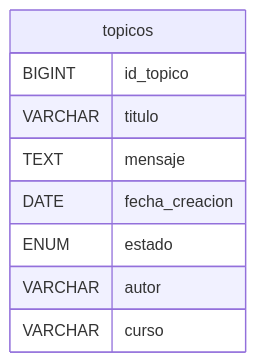
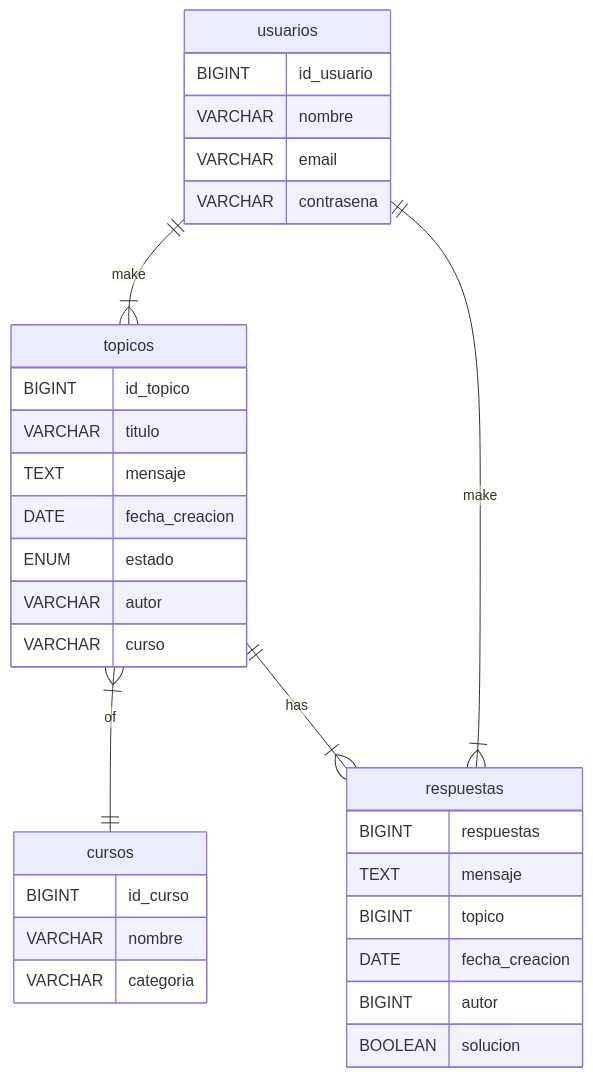
The diagram in README.md (SaulMMBP/foro-alura), drawn with Mermaid before and after one commit. The commit also changed other lines of this file and 13 other files, not shown here.

````diff
--- a/README.md
+++ b/README.md
@@ -23,12 +23,39 @@
 ```mermaid
 erDiagram
+     usuarios {
+          BIGINT id_usuario
+          VARCHAR nombre
+          VARCHAR email
+          VARCHAR contrasena
+     }
+
+     cursos {
+          BIGINT id_curso
+          VARCHAR nombre
+          VARCHAR categoria
+     }
+
      topicos {
           BIGINT id_topico
           VARCHAR titulo
           TEXT mensaje
           DATE fecha_creacion
           ENUM estado
           VARCHAR autor
           VARCHAR curso
      }
+
+     respuestas {
+          BIGINT respuestas
+          TEXT mensaje
+          BIGINT topico
+          DATE fecha_creacion
+          BIGINT autor
+          BOOLEAN solucion
+     }
+
+     usuarios ||--|{ topicos : make
+     usuarios ||--|{ respuestas : make
+     topicos }|--|| cursos : of
+     topicos ||--|{ respuestas : has
 ```
````
